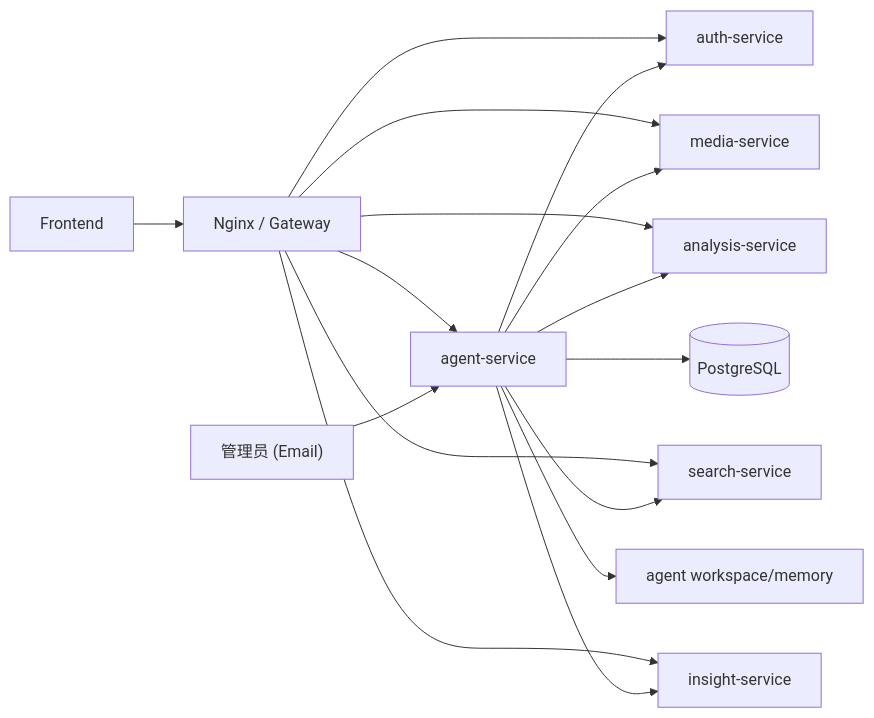
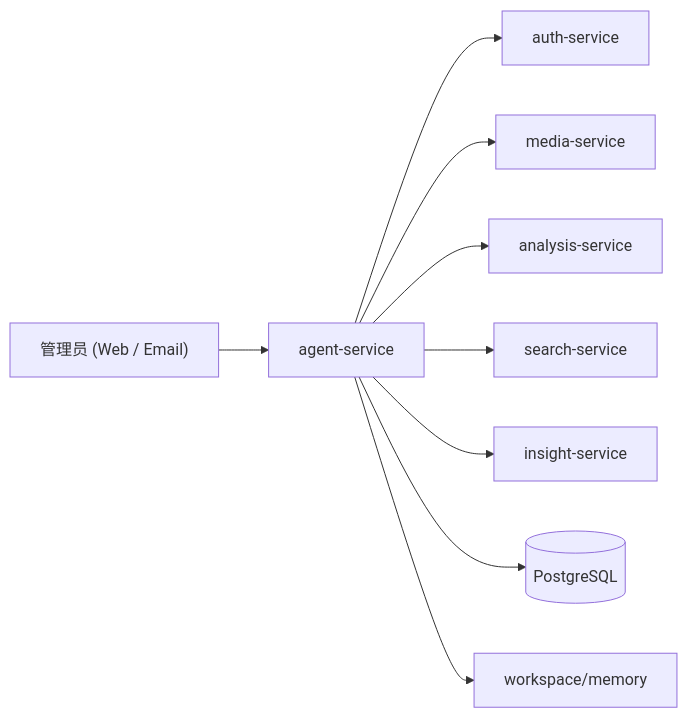
Before and after one commit to chenwu9927/Urban-Insight-A-Smart-PAR-Recognition-System: the diagram in docs/agent-ops-design.md, drawn with Mermaid. The commit also changed other lines of this file and 22 other files, not shown here.

Commit message:
Simplify Chinese web console and refresh architecture docs

````diff
--- a/docs/agent-ops-design.md
+++ b/docs/agent-ops-design.md
@@ -37,18 +31,11 @@
 ```mermaid
 flowchart LR
-    Manager["管理员 (Email)"] --> Agent["agent-service"]
+    Manager["管理员 (Web / Email)"] --> Agent["agent-service"]
     Agent --> Auth["auth-service"]
     Agent --> Media["media-service"]
     Agent --> Analysis["analysis-service"]
     Agent --> Search["search-service"]
     Agent --> Insight["insight-service"]
     Agent --> PG[(PostgreSQL)]
-    Agent --> Workspace["agent workspace/memory"]
-    Frontend["Frontend"] --> Gateway["Nginx / Gateway"]
-    Gateway --> Auth
-    Gateway --> Media
-    Gateway --> Analysis
-    Gateway --> Search
-    Gateway --> Insight
-    Gateway --> Agent
+    Agent --> Memory["workspace/memory"]
 ```
````
